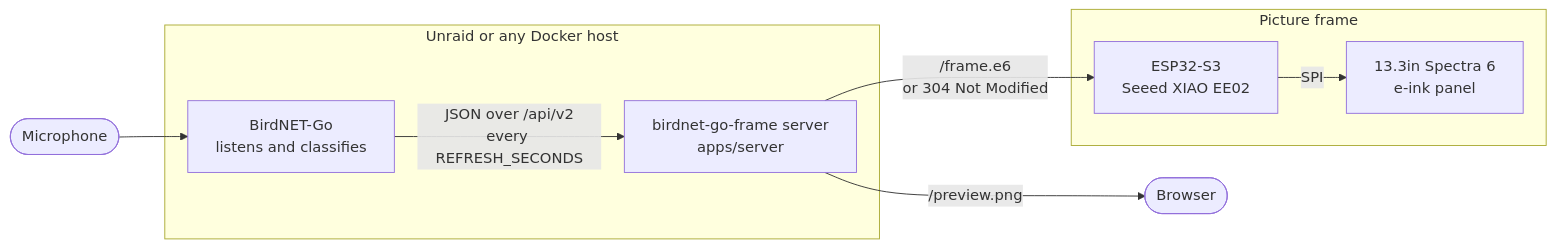
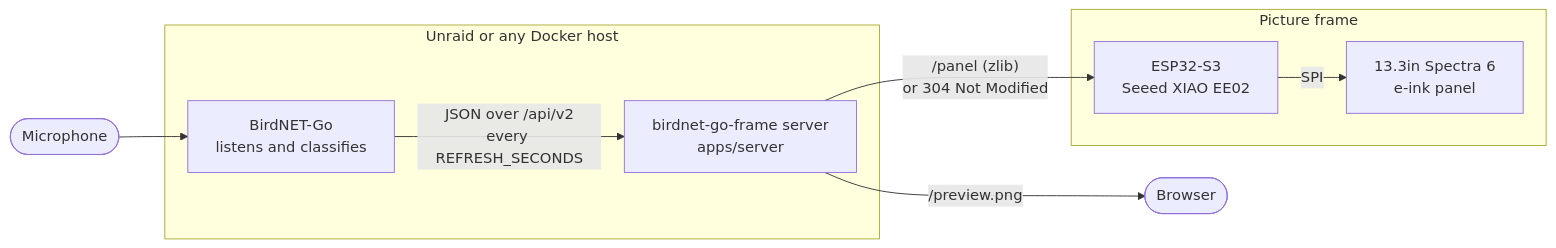
One commit to Filip-Pajalic/birdnet-go-frame changed the first of 2 diagrams in docs/explanation/architecture.md. Above: the diagram before and after it, drawn with Mermaid. The commit also changed other lines of this file and 38 other files, not shown here.

First line of the commit message:
Serve the panel compressed at /panel instead of /frame.e6

````diff
--- a/docs/explanation/architecture.md
+++ b/docs/explanation/architecture.md
@@ -6,19 +6,19 @@
 ```mermaid
 flowchart LR
     mic([Microphone]) --> bng
 
     subgraph unraid[Unraid or any Docker host]
         bng[BirdNET-Go<br/>listens and classifies]
         srv[birdnet-go-frame server<br/>apps/server]
         bng -- "JSON over /api/v2<br/>every REFRESH_SECONDS" --> srv
     end
 
     subgraph frame[Picture frame]
         esp[ESP32-S3<br/>Seeed XIAO EE02]
         panel[13.3in Spectra 6<br/>e-ink panel]
         esp -- SPI --> panel
     end
 
-    srv -- "/frame.e6<br/>or 304 Not Modified" --> esp
+    srv -- "/panel (zlib)<br/>or 304 Not Modified" --> esp
     srv -- "/preview.png" --> browser([Browser])
 ```
````
